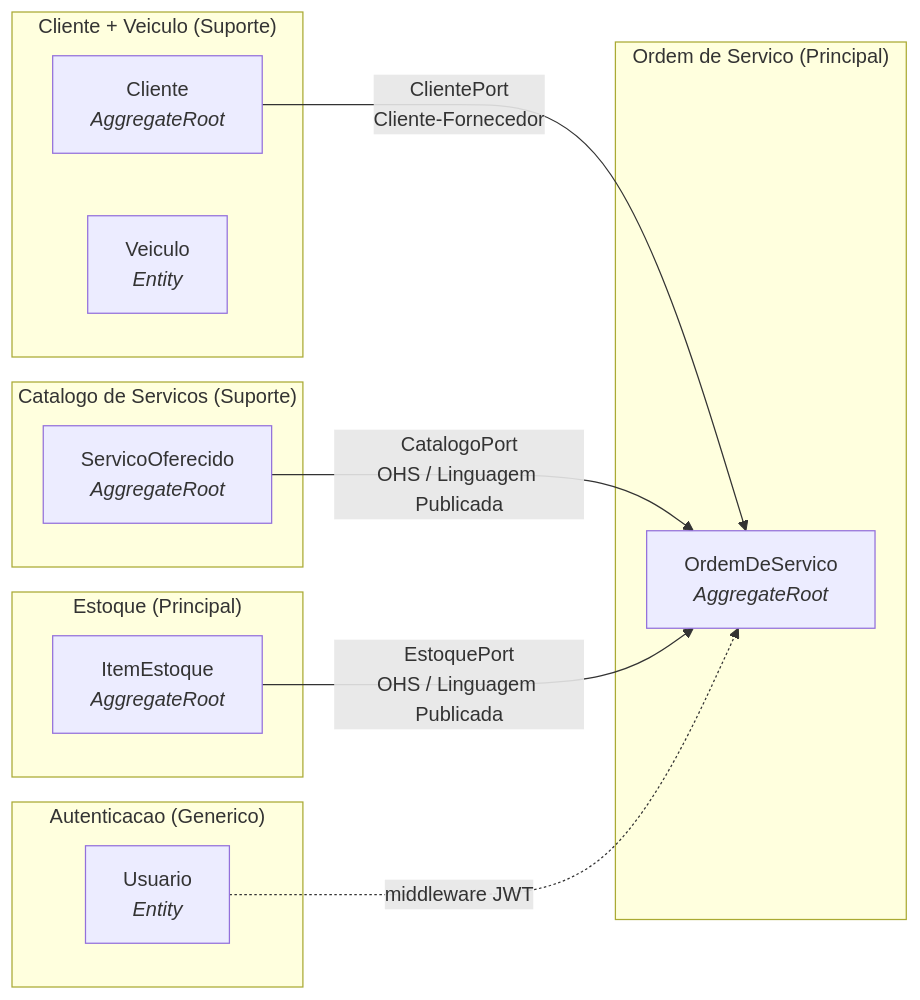
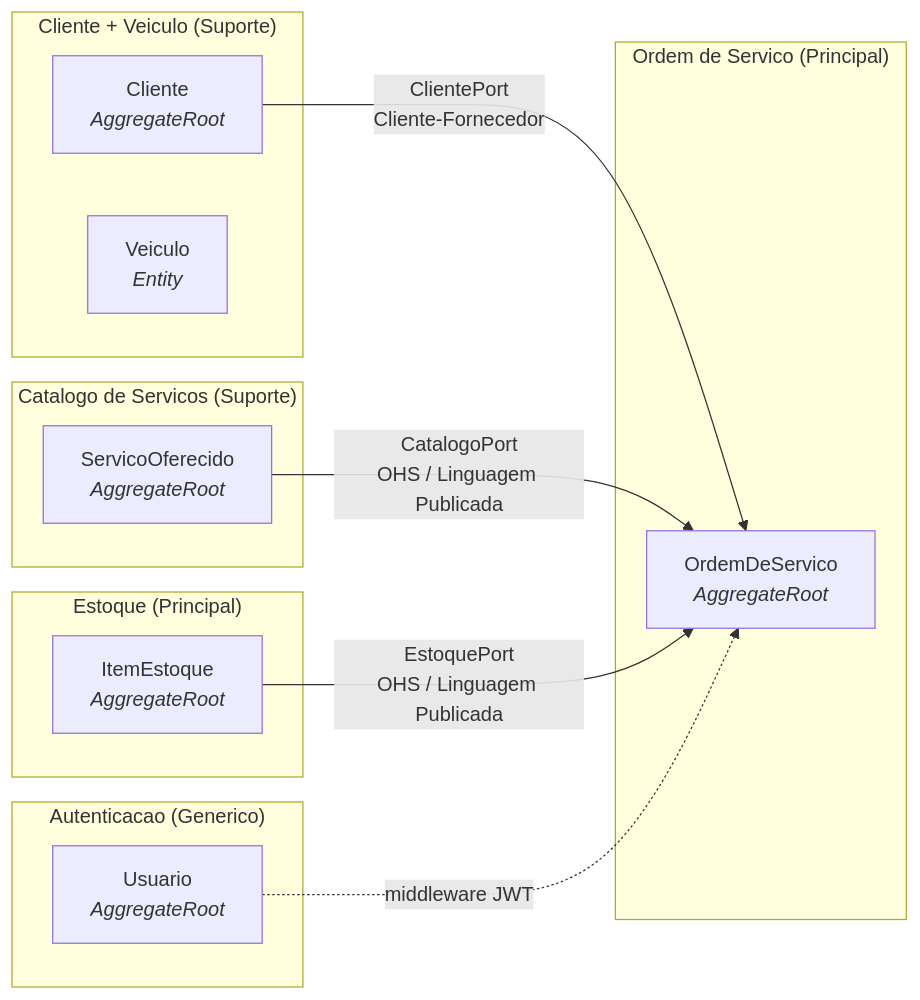
One commit to fiap-postech-sw-architecture/postech-sw-arch-p2 changed the second of 2 diagrams in docs/arquitetura/c4/c4-componentes.md. Above: the diagram before and after it, drawn with Mermaid.

Commit message:
fix: correct Usuario classification to AggregateRoot in C4 diagram (#49)

````diff
--- a/docs/arquitetura/c4/c4-componentes.md
+++ b/docs/arquitetura/c4/c4-componentes.md
@@ -79,28 +79,28 @@
 ```mermaid
 graph LR
     subgraph "Ordem de Servico (Principal)"
         OS[OrdemDeServico<br/><i>AggregateRoot</i>]
     end
 
     subgraph "Cliente + Veiculo (Suporte)"
         CLI[Cliente<br/><i>AggregateRoot</i>]
         VEI[Veiculo<br/><i>Entity</i>]
     end
 
     subgraph "Catalogo de Servicos (Suporte)"
         SERV[ServicoOferecido<br/><i>AggregateRoot</i>]
     end
 
     subgraph "Estoque (Principal)"
         ITEM[ItemEstoque<br/><i>AggregateRoot</i>]
     end
 
     subgraph "Autenticacao (Generico)"
-        USR[Usuario<br/><i>Entity</i>]
+        USR[Usuario<br/><i>AggregateRoot</i>]
     end
 
     CLI -->|ClientePort<br/>Cliente-Fornecedor| OS
     SERV -->|CatalogoPort<br/>OHS / Linguagem Publicada| OS
     ITEM -->|EstoquePort<br/>OHS / Linguagem Publicada| OS
     USR -.->|middleware JWT| OS
 ```
````
